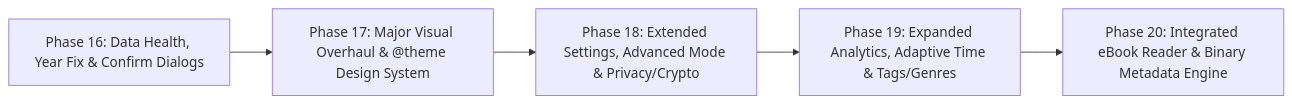
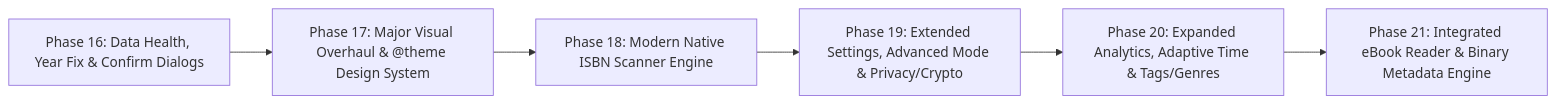
One commit to aitorgallegocr21/bookstack changed the diagram in docs/ROADMAP.md. Above: the diagram before and after it, drawn with Mermaid. The commit also changed other lines of this file and 6 other files, not shown here.

Commit message:
chore(phase-18): commit working-tree scanner prep and docs

````diff
--- a/docs/ROADMAP.md
+++ b/docs/ROADMAP.md
@@ -11,7 +11,8 @@
 ```mermaid
 flowchart LR
   P16["Phase 16: Data Health, Year Fix & Confirm Dialogs"] --> P17["Phase 17: Major Visual Overhaul & @theme Design System"]
-  P17 --> P18["Phase 18: Extended Settings, Advanced Mode & Privacy/Crypto"]
-  P18 --> P19["Phase 19: Expanded Analytics, Adaptive Time & Tags/Genres"]
-  P19 --> P20["Phase 20: Integrated eBook Reader & Binary Metadata Engine"]
+  P17 --> P18["Phase 18: Modern Native ISBN Scanner Engine"]
+  P18 --> P19["Phase 19: Extended Settings, Advanced Mode & Privacy/Crypto"]
+  P19 --> P20["Phase 20: Expanded Analytics, Adaptive Time & Tags/Genres"]
+  P20 --> P21["Phase 21: Integrated eBook Reader & Binary Metadata Engine"]
 ```
````
